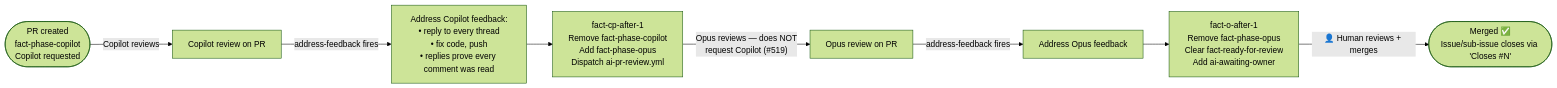
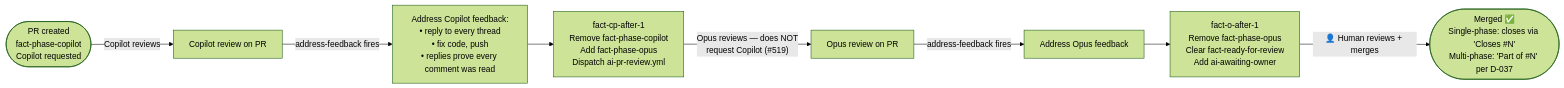
The fourth of 6 diagrams in docs/ai-factory.md (alvarolobato/powershop-analytics), drawn with Mermaid (forest theme) before and after one commit. The commit also changed other lines of this file and 11 other files, not shown here.

````diff
--- a/docs/ai-factory.md
+++ b/docs/ai-factory.md
@@ -355,16 +355,16 @@
 ```mermaid
 flowchart LR
     PR([PR created<br/>fact-phase-copilot<br/>Copilot requested]) -->|"Copilot reviews"| CR[Copilot review on PR]
 
     CR -->|"address-feedback fires"| AF1[Address Copilot feedback:<br/>• reply to every thread<br/>• fix code, push<br/>• replies prove every comment was read]
 
     AF1 --> CP1[fact-cp-after-1<br/>Remove fact-phase-copilot<br/>Add fact-phase-opus<br/>Dispatch ai-pr-review.yml]
 
     CP1 -->|"Opus reviews — does NOT<br/>request Copilot (#519)"| OR[Opus review on PR]
 
     OR -->|"address-feedback fires"| AF2[Address Opus feedback]
 
     AF2 --> OP1[fact-o-after-1<br/>Remove fact-phase-opus<br/>Clear fact-ready-for-review<br/>Add ai-awaiting-owner]
 
-    OP1 -->|"👤 Human reviews + merges"| MR([Merged ✅<br/>Issue/sub-issue closes via 'Closes #N'])
+    OP1 -->|"👤 Human reviews + merges"| MR([Merged ✅<br/>Single-phase: closes via 'Closes #N'<br/>Multi-phase: 'Part of #N' per D-037])
 ```
````
